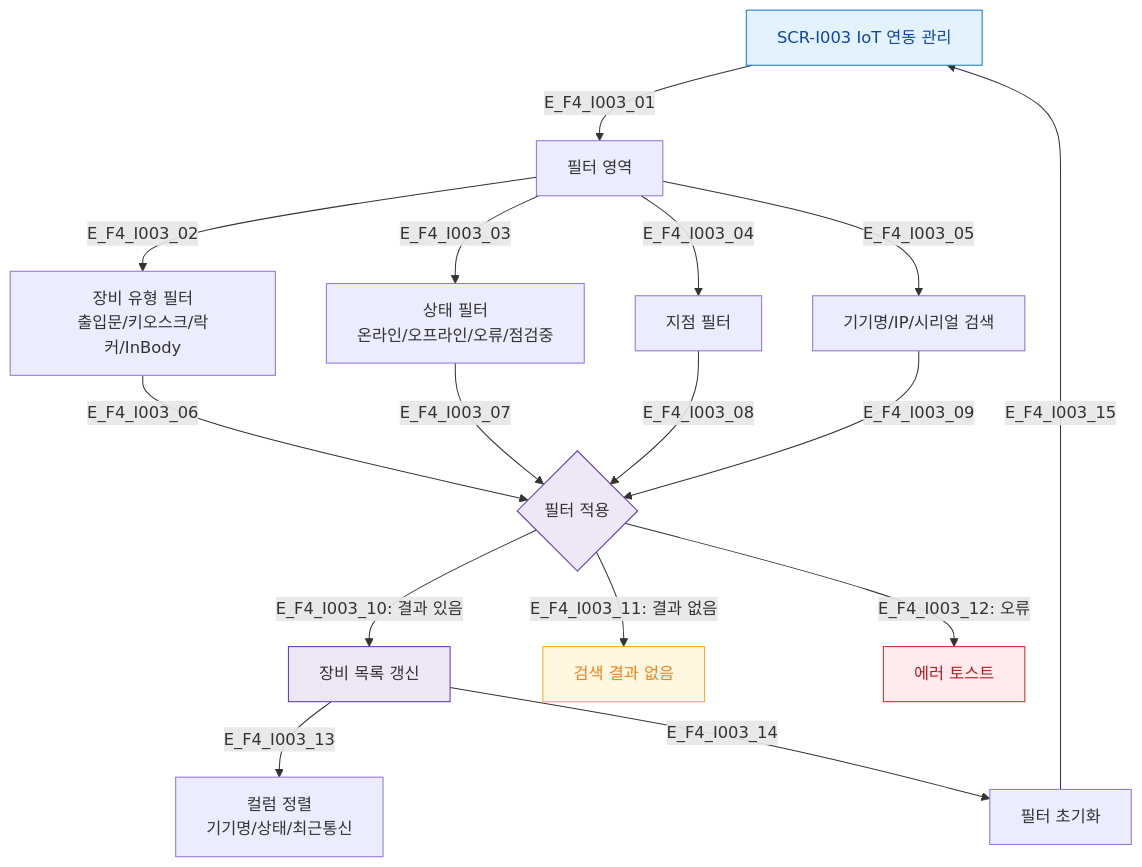
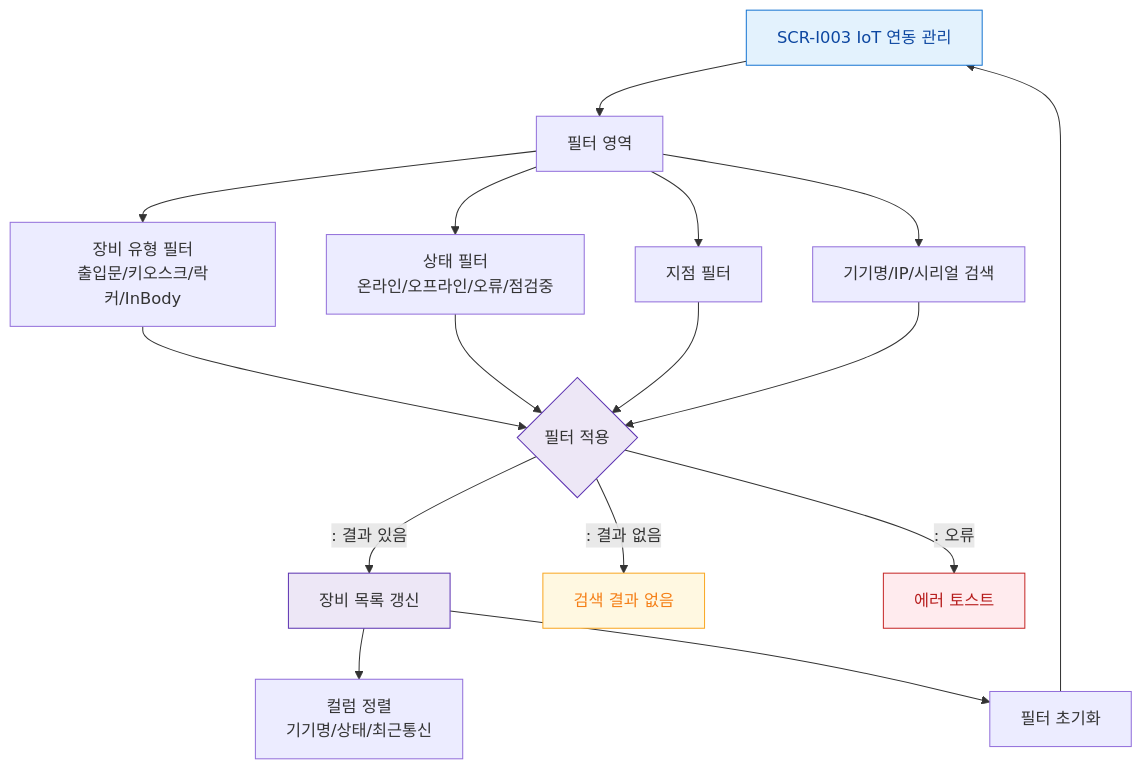
The diagram in docs/다이어그램/D11_통합운영/SCR-I003_IoT연동관리/F4_필터검색.md (dev-spogym/admin-pando), drawn with Mermaid before and after one commit. The commit also changed other lines of this file and 1660 other files, not shown here.

First line of the commit message:
다이어그램: 기획자/클라이언트 납품본으로 정리

````diff
--- a/docs/다이어그램/D11_통합운영/SCR-I003_IoT연동관리/F4_필터검색.md
+++ b/docs/다이어그램/D11_통합운영/SCR-I003_IoT연동관리/F4_필터검색.md
@@ -16,31 +14,31 @@
 ```mermaid
 flowchart TD
-    SCR_I003[SCR-I003 IoT 연동 관리] -->|E_F4_I003_01| FILTER[필터 영역]
+    SCR_I003[SCR-I003 IoT 연동 관리] --> FILTER[필터 영역]
 
-    FILTER -->|E_F4_I003_02| F_TYPE[장비 유형 필터\n출입문/키오스크/락커/InBody]
-    FILTER -->|E_F4_I003_03| F_STATUS[상태 필터\n온라인/오프라인/오류/점검중]
-    FILTER -->|E_F4_I003_04| F_BRANCH[지점 필터]
-    FILTER -->|E_F4_I003_05| F_SEARCH[기기명/IP/시리얼 검색]
+    FILTER --> F_TYPE[장비 유형 필터\n출입문/키오스크/락커/InBody]
+    FILTER --> F_STATUS[상태 필터\n온라인/오프라인/오류/점검중]
+    FILTER --> F_BRANCH[지점 필터]
+    FILTER --> F_SEARCH[기기명/IP/시리얼 검색]
 
-    F_TYPE -->|E_F4_I003_06| APPLY{필터 적용}
-    F_STATUS -->|E_F4_I003_07| APPLY
-    F_BRANCH -->|E_F4_I003_08| APPLY
-    F_SEARCH -->|E_F4_I003_09| APPLY
+    F_TYPE --> APPLY{필터 적용}
+    F_STATUS --> APPLY
+    F_BRANCH --> APPLY
+    F_SEARCH --> APPLY
 
-    APPLY -->|"E_F4_I003_10: 결과 있음"| TABLE[장비 목록 갱신]
-    APPLY -->|"E_F4_I003_11: 결과 없음"| EMPTY[검색 결과 없음]
-    APPLY -->|"E_F4_I003_12: 오류"| ERR[에러 토스트]
+    APPLY -->|": 결과 있음"|TABLE[장비 목록 갱신]
+    APPLY -->|": 결과 없음"|EMPTY[검색 결과 없음]
+    APPLY -->|": 오류"|ERR[에러 토스트]
 
-    TABLE -->|E_F4_I003_13| SORT[컬럼 정렬\n기기명/상태/최근통신]
-    TABLE -->|E_F4_I003_14| RESET[필터 초기화]
-    RESET -->|E_F4_I003_15| SCR_I003
+    TABLE --> SORT[컬럼 정렬\n기기명/상태/최근통신]
+    TABLE --> RESET[필터 초기화]
+    RESET --> SCR_I003
 
-    classDef screen       fill:#E3F2FD,stroke:#1976D2,color:#0D47A1
-    classDef system       fill:#EDE7F6,stroke:#5E35B2
-    classDef error        fill:#FFEBEE,stroke:#C62828,color:#B71C1C
-    classDef warning      fill:#FFF8E1,stroke:#F9A825,color:#F57F17
+    classDef screen fill:#E3F2FD,stroke:#1976D2,color:#0D47A1
+    classDef system fill:#EDE7F6,stroke:#5E35B2
+    classDef error fill:#FFEBEE,stroke:#C62828,color:#B71C1C
+    classDef warning fill:#FFF8E1,stroke:#F9A825,color:#F57F17
     class SCR_I003 screen
     class APPLY,TABLE system
     class ERR error
     class EMPTY warning
 ```
````
